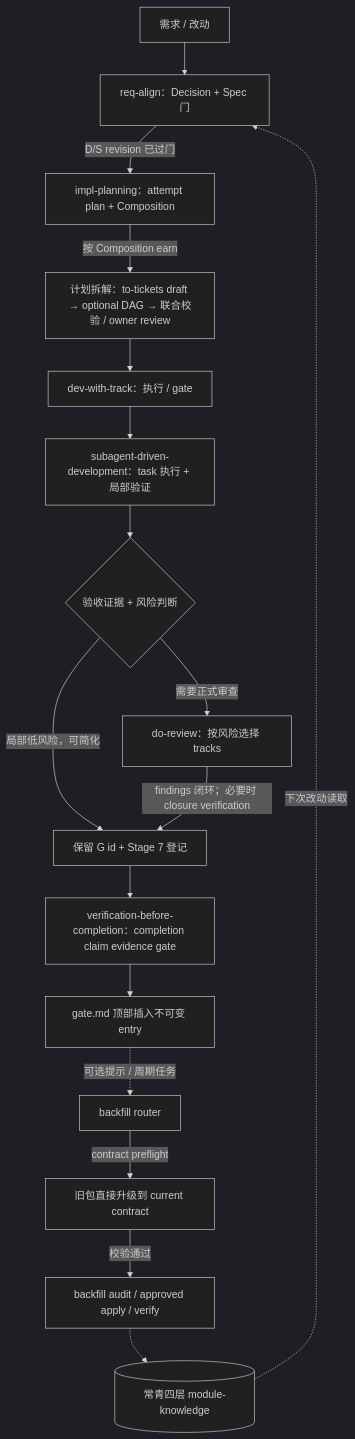
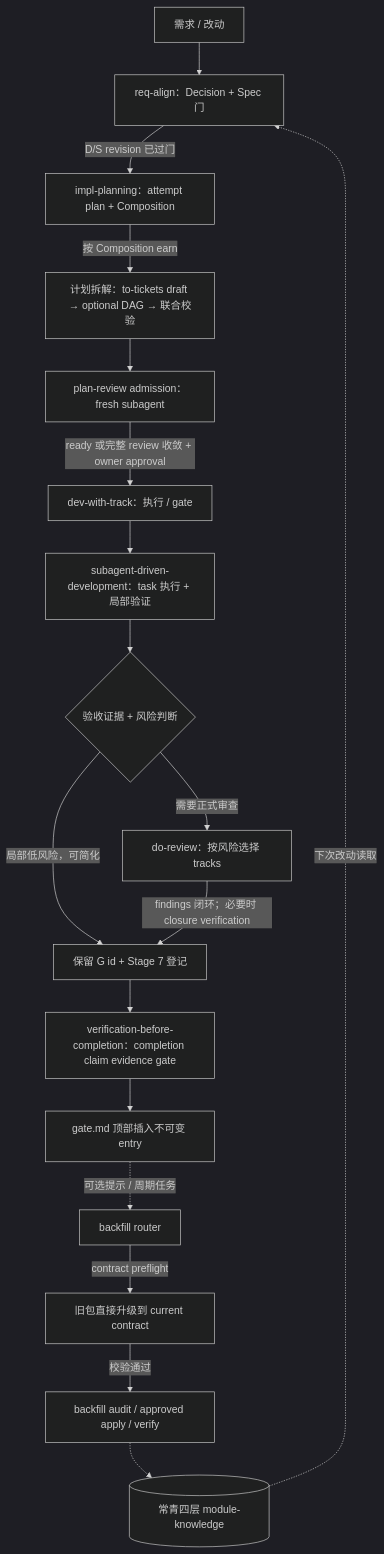
Before and after one commit to fangxiao-dev/agent-workbench: the diagram in skills/impl-package/SKILL.md, drawn with Mermaid (dark theme). The commit also changed other lines of this file and 50 other files, not shown here.

First line of the commit message:
feat(plan-review): gate bundle approval with fresh admission

````diff
--- a/skills/impl-package/SKILL.md
+++ b/skills/impl-package/SKILL.md
@@ -28,19 +28,20 @@
 ```mermaid
 flowchart TD
     Req[需求 / 改动] --> RA[req-align：Decision + Spec 门]
     RA -->|D/S revision 已过门| PL[impl-planning：attempt plan + Composition]
-    PL -->|按 Composition earn| PD[计划拆解：to-tickets draft → optional DAG → 联合校验 / owner review]
-    PD --> EX[dev-with-track：执行 / gate]
+    PL -->|按 Composition earn| PD[计划拆解：to-tickets draft → optional DAG → 联合校验]
+    PD --> PR[plan-review admission：fresh subagent]
+    PR -->|ready 或完整 review 收敛 + owner approval| EX[dev-with-track：执行 / gate]
     EX --> SD[subagent-driven-development：task 执行 + 局部验证]
     SD --> RV{验收证据 + 风险判断}
     RV -->|需要正式审查| DR[do-review：按风险选择 tracks]
     RV -->|局部低风险，可简化| CAP[保留 G id + Stage 7 登记]
     DR -->|findings 闭环；必要时 closure verification| CAP
     CAP --> VC[verification-before-completion：completion claim evidence gate]
     VC --> GT[gate.md 顶部插入不可变 entry]
     GT -. 可选提示 / 周期任务 .-> BF[backfill router]
     BF -->|contract preflight| UP[旧包直接升级到 current contract]
     UP -->|校验通过| BF2[backfill audit / approved apply / verify]
     BF2 -.-> EV[(常青四层 module-knowledge)]
     EV -. 下次改动读取 .-> RA
 ```
````
